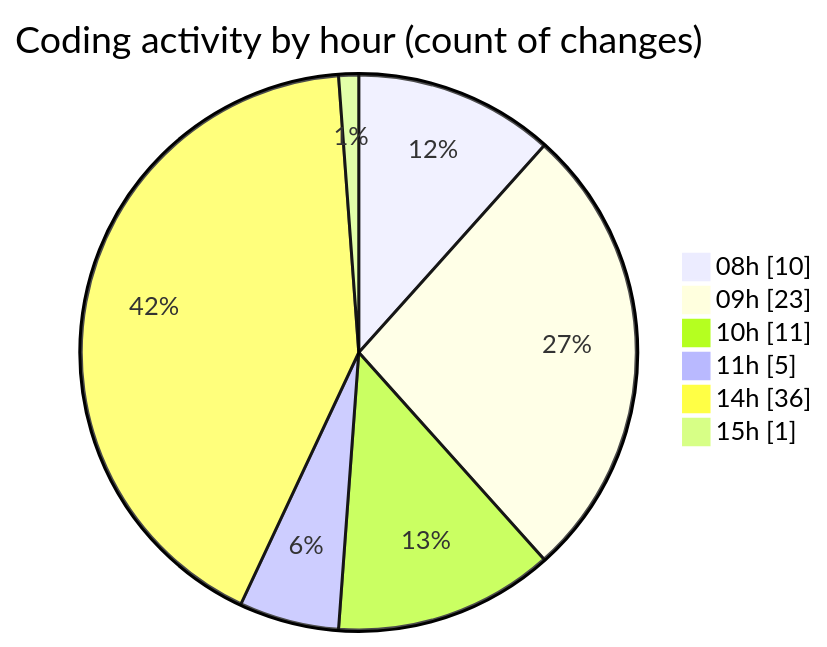
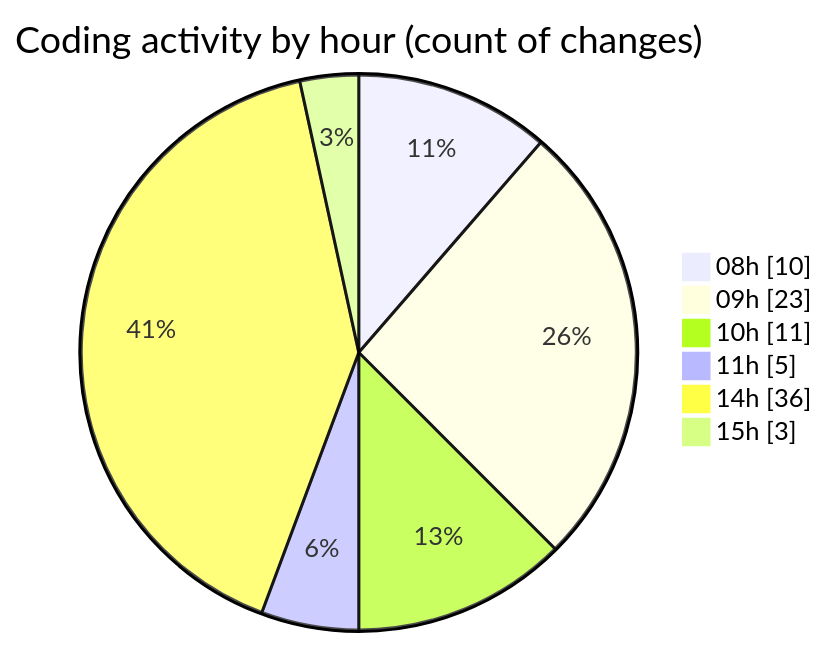
Before and after one commit to LanceThiago/code-tracking: the second of 2 diagrams in 2025-01-07/nueva_carpeta/README.md, drawn with Mermaid. The commit also changed other lines of this file and 1 other file, not shown here.

````diff
--- a/2025-01-07/nueva_carpeta/README.md
+++ b/2025-01-07/nueva_carpeta/README.md
@@ -28,10 +28,10 @@
 ```mermaid
 pie showData
 title Coding activity by hour (count of changes)
 "08h" : 10
 "09h" : 23
 "10h" : 11
 "11h" : 5
 "14h" : 36
-"15h" : 1
+"15h" : 3
 ```
````
